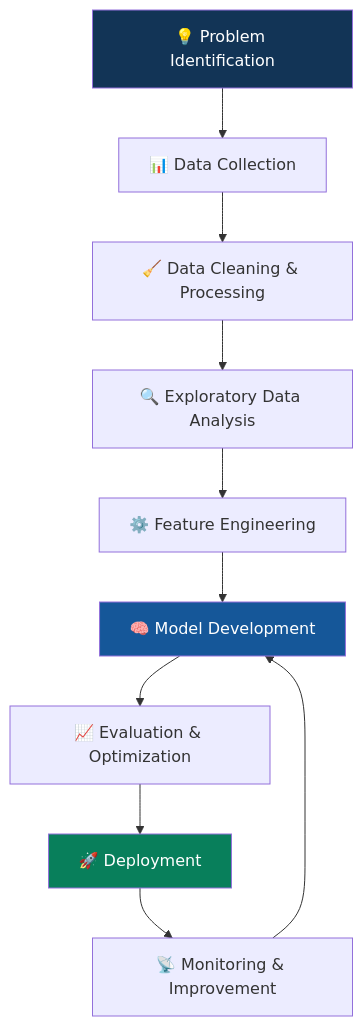
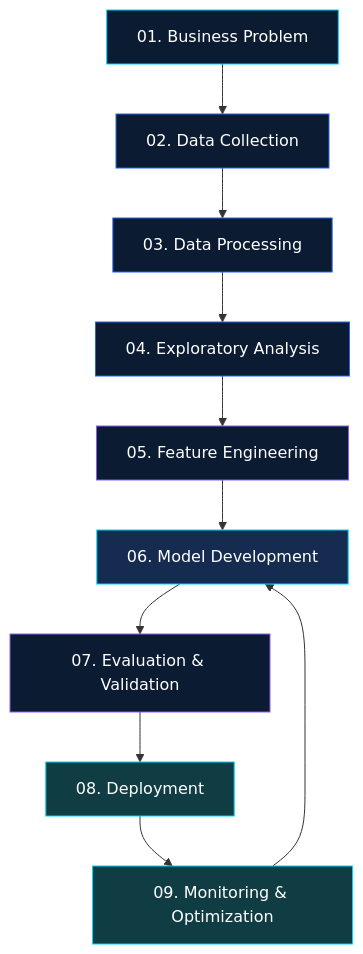
One commit to masterj23s25j27-sys/Kakkarot changed the diagram in README.md. Above: the diagram before and after it, drawn with Mermaid. The commit also changed other lines of this file, not shown here.

````diff
--- a/README.md
+++ b/README.md
@@ -201,16 +249,22 @@
 ```mermaid
 flowchart TD
-    A["💡 Problem Identification"] --> B["📊 Data Collection"]
-    B --> C["🧹 Data Cleaning & Processing"]
-    C --> D["🔍 Exploratory Data Analysis"]
-    D --> E["⚙️ Feature Engineering"]
-    E --> F["🧠 Model Development"]
-    F --> G["📈 Evaluation & Optimization"]
-    G --> H["🚀 Deployment"]
-    H --> I["📡 Monitoring & Improvement"]
+    A["01. Business Problem"] --> B["02. Data Collection"]
+    B --> C["03. Data Processing"]
+    C --> D["04. Exploratory Analysis"]
+    D --> E["05. Feature Engineering"]
+    E --> F["06. Model Development"]
+    F --> G["07. Evaluation & Validation"]
+    G --> H["08. Deployment"]
+    H --> I["09. Monitoring & Optimization"]
     I --> F
 
-    style A fill:#123456,color:#fff
-    style F fill:#155799,color:#fff
-    style H fill:#087f5b,color:#fff
+    style A fill:#0B1B32,stroke:#00D4FF,color:#FFFFFF
+    style B fill:#0B1B32,stroke:#2563EB,color:#FFFFFF
+    style C fill:#0B1B32,stroke:#2563EB,color:#FFFFFF
+    style D fill:#0B1B32,stroke:#2563EB,color:#FFFFFF
+    style E fill:#0B1B32,stroke:#8B5CF6,color:#FFFFFF
+    style F fill:#152B50,stroke:#00D4FF,color:#FFFFFF
+    style G fill:#0B1B32,stroke:#8B5CF6,color:#FFFFFF
+    style H fill:#103D43,stroke:#00D4FF,color:#FFFFFF
+    style I fill:#103D43,stroke:#00D4FF,color:#FFFFFF
 ```
````
